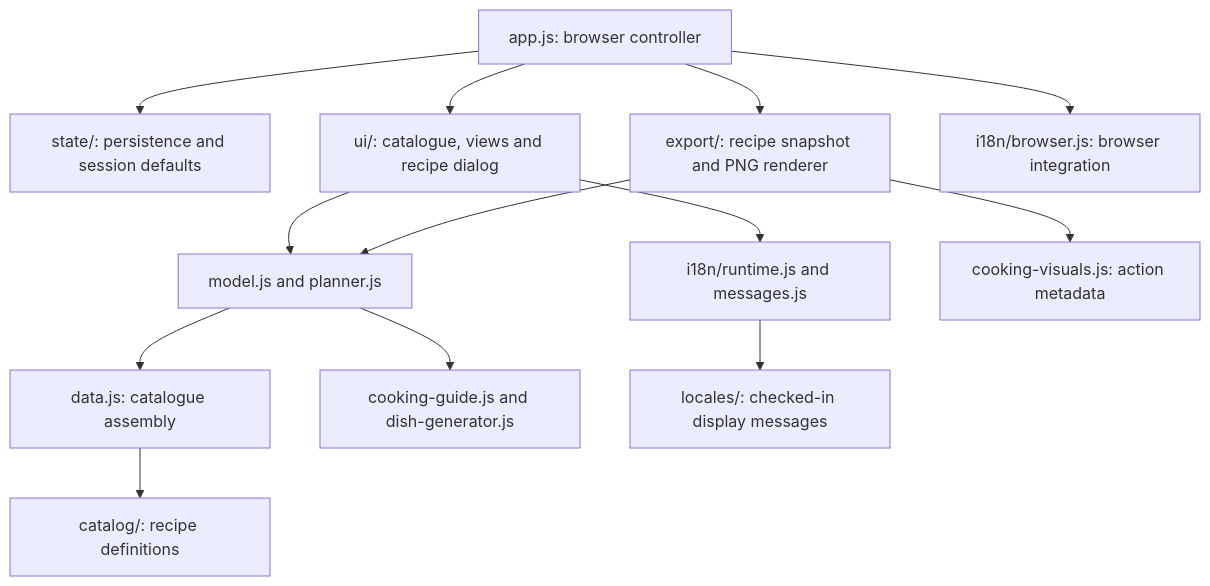
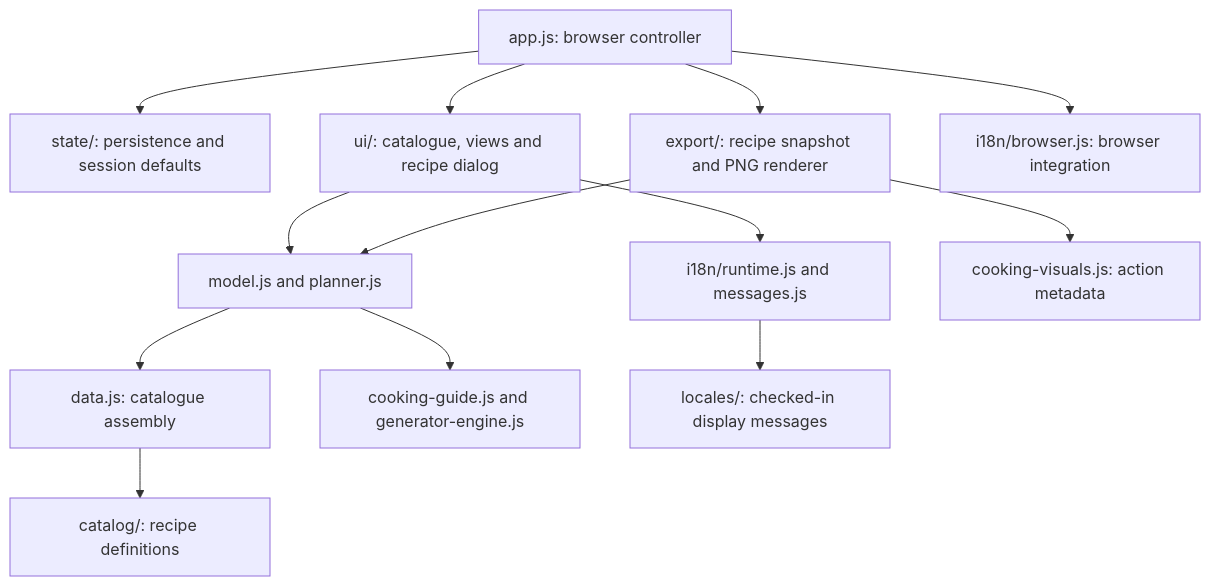
The diagram in docs/architecture.md (iatsuk/deelkombuese), drawn with Mermaid before and after one commit. The commit also changed other lines of this file and 12 other files, not shown here.

First line of the commit message:
Generalise the dish generator into a generator engine

````diff
--- a/docs/architecture.md
+++ b/docs/architecture.md
@@ -7,15 +7,15 @@
 ```mermaid
 flowchart TD
   App[app.js: browser controller] --> State[state/: persistence and session defaults]
   App --> UI[ui/: catalogue, views and recipe dialog]
   App --> Export[export/: recipe snapshot and PNG renderer]
   App --> Browser[i18n/browser.js: browser integration]
   UI --> Domain[model.js and planner.js]
   UI --> I18n[i18n/runtime.js and messages.js]
   Domain --> Data[data.js: catalogue assembly]
-  Domain --> Cooking[cooking-guide.js and dish-generator.js]
+  Domain --> Cooking[cooking-guide.js and generator-engine.js]
   Data --> Definitions[catalog/: recipe definitions]
   Export --> Domain
   Export --> Visuals[cooking-visuals.js: action metadata]
   I18n --> Catalogues[locales/: checked-in display messages]
 ```
````
